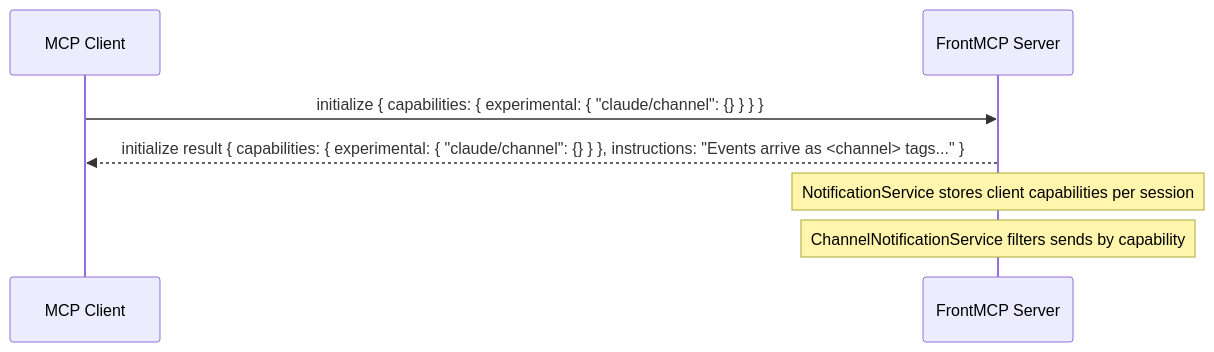
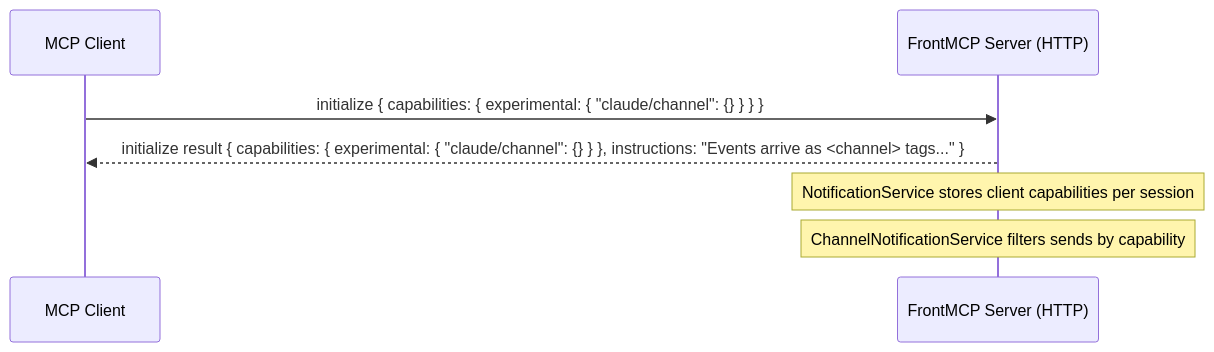
One commit to agentfront/frontmcp changed the fifth of 7 diagrams in libs/sdk/src/channel/README.md. Above: the diagram before and after it, drawn with Mermaid. The commit also changed other lines of this file and 22 other files, not shown here.

````diff
--- a/libs/sdk/src/channel/README.md
+++ b/libs/sdk/src/channel/README.md
@@ -92,10 +129,10 @@
 ```mermaid
 sequenceDiagram
     participant Client as MCP Client
-    participant Server as FrontMCP Server
+    participant Server as FrontMCP Server (HTTP)
 
     Client->>Server: initialize { capabilities: { experimental: { "claude/channel": {} } } }
     Server-->>Client: initialize result { capabilities: { experimental: { "claude/channel": {} } }, instructions: "Events arrive as <channel> tags..." }
     Note over Server: NotificationService stores client capabilities per session
     Note over Server: ChannelNotificationService filters sends by capability
 ```
````
